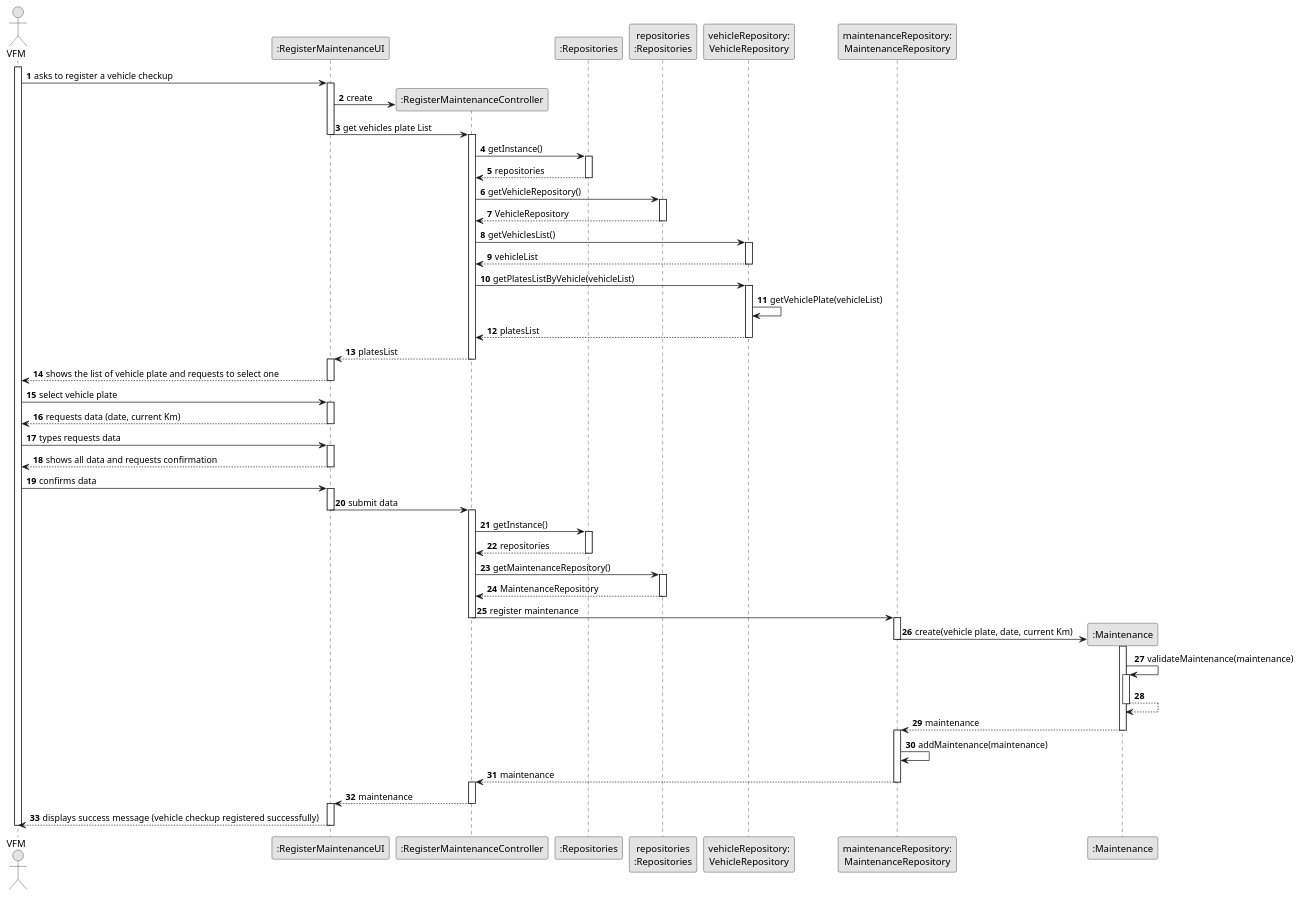
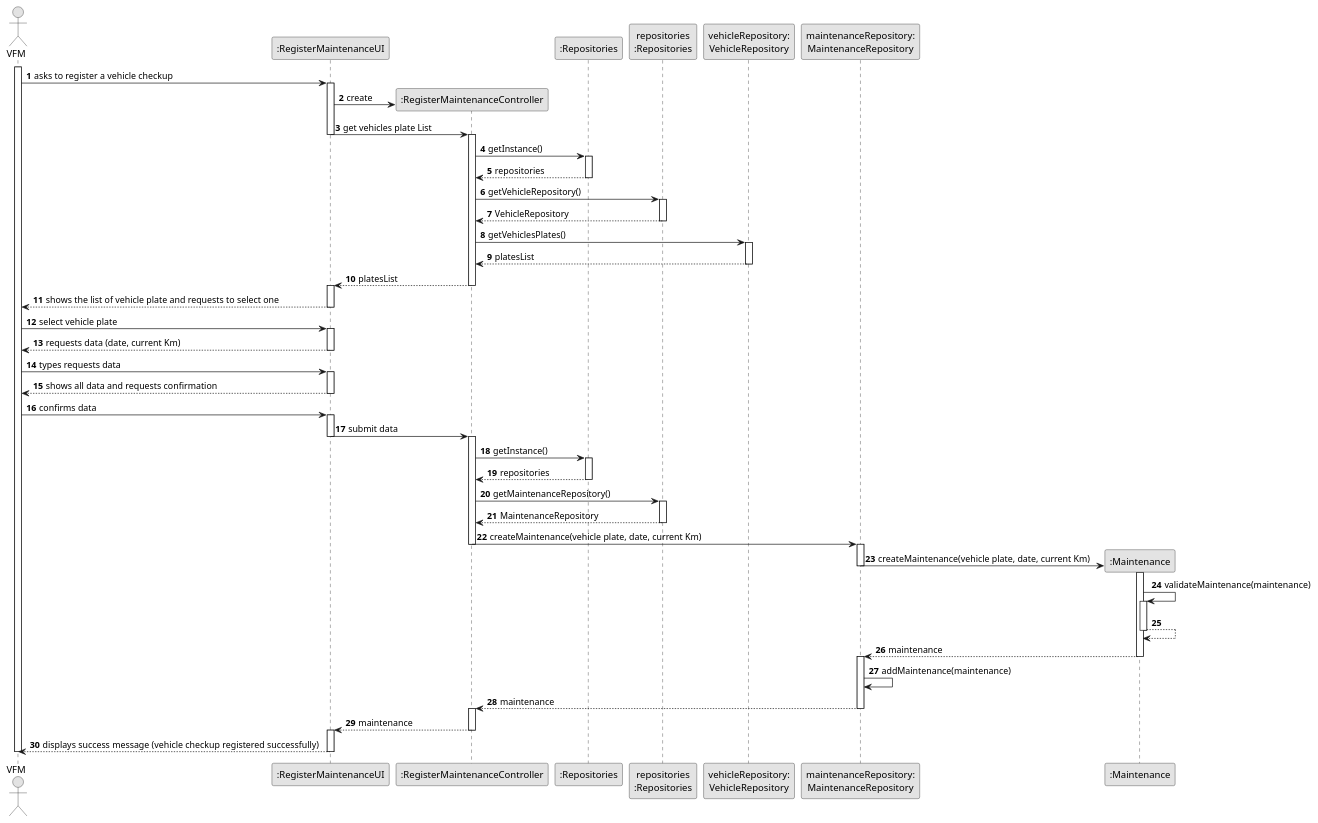
One commit to ricardomm7/leaflink changed the diagram in docs/sprintB/us007/03.design/puml/us007-sequence-diagram-full.puml. Above: the diagram before and after it, drawn with PlantUML. The commit also changed 12 other files, not shown here.

Commit message:
Refactor VehicleRepository to include getVehiclesPlates method; Implement RegisterMaintenance functionality across UI, Controller, and Repository layers; Adjust Main class to run Bootstrap after MainMenuUI; Update UML diagrams to reflect changes in Maintenance management.

```diff
--- a/docs/sprintB/us007/03.design/puml/us007-sequence-diagram-full.puml
+++ b/docs/sprintB/us007/03.design/puml/us007-sequence-diagram-full.puml
@@ -1,134 +1,128 @@
 @startuml
 skinparam monochrome true
 skinparam packageStyle rectangle
 skinparam shadowing false
 
 autonumber
 
 'hide footbox
 actor "VFM" as VFM
 participant ":RegisterMaintenanceUI" as UI
 participant ":RegisterMaintenanceController" as CTRL
 participant ":Repositories" as RepositorySingleton
 participant "repositories\n:Repositories" as PLAT
 participant "vehicleRepository:\nVehicleRepository" as VehicleRepository
 participant "maintenanceRepository:\nMaintenanceRepository" as MaintenanceRepository
 participant ":Maintenance" as Maintenance
 
 activate VFM
 
     VFM -> UI : asks to register a vehicle checkup
     activate UI
 
         UI -> CTRL** : create
 
 
 
         UI -> CTRL : get vehicles plate List
         deactivate UI
         activate CTRL
 
             CTRL -> RepositorySingleton : getInstance()
             activate RepositorySingleton
 
                 RepositorySingleton --> CTRL: repositories
             deactivate RepositorySingleton
 
             CTRL -> PLAT : getVehicleRepository()
             activate PLAT
 
                 PLAT --> CTRL: VehicleRepository
             deactivate PLAT
 
-            CTRL -> VehicleRepository : getVehiclesList()
+            CTRL -> VehicleRepository : getVehiclesPlates()
             activate VehicleRepository
 
-                VehicleRepository --> CTRL : vehicleList
+                VehicleRepository --> CTRL : platesList
             deactivate VehicleRepository
 
-            CTRL -> VehicleRepository : getPlatesListByVehicle(vehicleList)
-            activate VehicleRepository
-
-            VehicleRepository -> VehicleRepository: getVehiclePlate(vehicleList)
-
-            VehicleRepository --> CTRL: platesList
             deactivate VehicleRepository
 
 
             CTRL --> UI : platesList
             deactivate CTRL
             activate UI
 
             UI --> VFM : shows the list of vehicle plate and requests to select one
             deactivate UI
 
             VFM -> UI : select vehicle plate
             activate UI
 
 
             UI --> VFM : requests data (date, current Km)
             deactivate UI
 
             VFM -> UI : types requests data
             activate UI
 
             UI --> VFM : shows all data and requests confirmation
             deactivate UI
 
             VFM -> UI : confirms data
             activate UI
 
 
             UI -> CTRL : submit data
             deactivate UI
             activate CTRL
 
             CTRL -> RepositorySingleton: getInstance()
             activate RepositorySingleton
 
             RepositorySingleton --> CTRL:repositories
             deactivate RepositorySingleton
 
             CTRL -> PLAT : getMaintenanceRepository()
             activate PLAT
 
             PLAT --> CTRL : MaintenanceRepository
             deactivate PLAT
 
-            CTRL -> MaintenanceRepository : register maintenance
+            CTRL -> MaintenanceRepository : createMaintenance(vehicle plate, date, current Km)
                         deactivate CTRL
             activate MaintenanceRepository
 
-            MaintenanceRepository -> Maintenance** : create(vehicle plate, date, current Km)
+            MaintenanceRepository -> Maintenance** : createMaintenance(vehicle plate, date, current Km)
             deactivate MaintenanceRepository
             activate Maintenance
 
 
                 Maintenance -> Maintenance : validateMaintenance(maintenance)
                 activate Maintenance
                 Maintenance --> Maintenance
                 deactivate Maintenance
 
 
                 Maintenance --> MaintenanceRepository : maintenance
                deactivate Maintenance
 
                activate MaintenanceRepository
 
                 MaintenanceRepository -> MaintenanceRepository: addMaintenance(maintenance)
 
                MaintenanceRepository --> CTRL : maintenance
                deactivate MaintenanceRepository
                               activate CTRL
 
                CTRL --> UI : maintenance
                deactivate CTRL
                activate UI
 
                UI --> VFM : displays success message (vehicle checkup registered successfully)
                deactivate UI
 
                deactivate VFM
 
 
 @enduml
```
